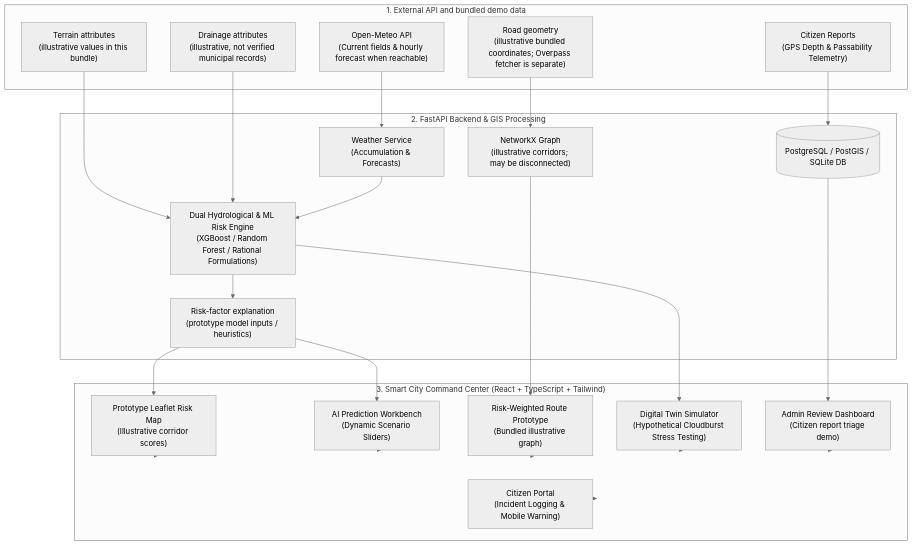
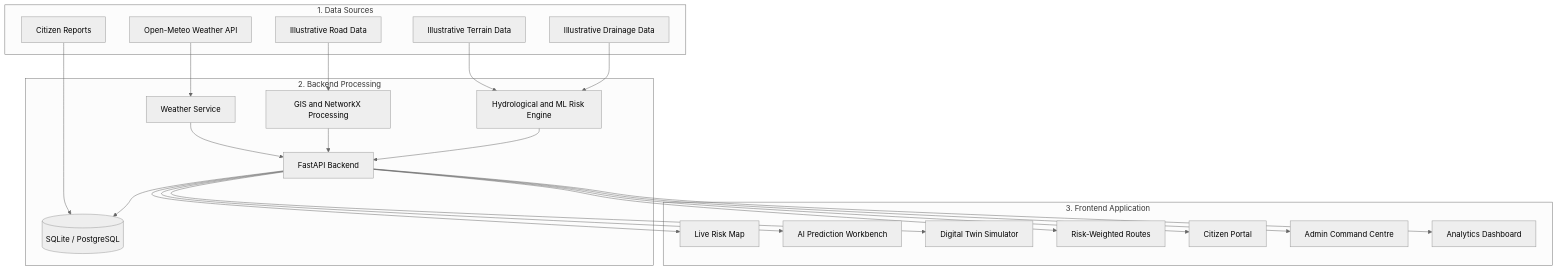
The diagram in README.md (Riddhi1606/AquaGuard-AI), drawn with Mermaid (neutral theme) before and after one commit. The commit also changed other lines of this file, not shown here.

````diff
--- a/README.md
+++ b/README.md
@@ -41,48 +97,47 @@
 ```mermaid
 flowchart TD
-    subgraph Data_Sources ["1. External API and bundled demo data"]
-        OM["Open-Meteo API<br/>(Current fields & hourly forecast when reachable)"]
-        DEM["Terrain attributes<br/>(illustrative values in this bundle)"]
-        OSM["Road geometry<br/>(illustrative bundled coordinates; Overpass fetcher is separate)"]
-        DRN["Drainage attributes<br/>(illustrative, not verified municipal records)"]
-        CR["Citizen Reports<br/>(GPS Depth & Passability Telemetry)"]
+    subgraph DS["1. Data Sources"]
+        OM["Open-Meteo Weather API"]
+        RD["Illustrative Road Data"]
+        TER["Illustrative Terrain Data"]
+        DR["Illustrative Drainage Data"]
+        CR["Citizen Reports"]
     end
 
-    subgraph Backend_GIS ["2. FastAPI Backend & GIS Processing"]
-        WEATH["Weather Service<br/>(Accumulation & Forecasts)"]
-        GRAPH["NetworkX Graph<br/>(illustrative corridors; may be disconnected)"]
-        RISK["Dual Hydrological & ML Risk Engine<br/>(XGBoost / Random Forest / Rational Formulations)"]
-        EXPLAIN["Risk-factor explanation<br/>(prototype model inputs / heuristics)"]
-        DB[(PostgreSQL / PostGIS / SQLite DB)]
+    subgraph BE["2. Backend Processing"]
+        API["FastAPI Backend"]
+        WEATHER["Weather Service"]
+        GIS["GIS and NetworkX Processing"]
+        ML["Hydrological and ML Risk Engine"]
+        DB[("SQLite / PostgreSQL")]
     end
 
-    subgraph Frontend_App ["3. Smart City Command Center (React + TypeScript + Tailwind)"]
-        MAP["Prototype Leaflet Risk Map<br/>(Illustrative corridor scores)"]
-        PRED["AI Prediction Workbench<br/>(Dynamic Scenario Sliders)"]
-        ROUTE["Risk-Weighted Route Prototype<br/>(Bundled illustrative graph)"]
-        SIM["Digital Twin Simulator<br/>(Hypothetical Cloudburst Stress Testing)"]
-        ADMIN["Admin Review Dashboard<br/>(Citizen report triage demo)"]
-        CITIZEN["Citizen Portal<br/>(Incident Logging & Mobile Warning)"]
+    subgraph FE["3. Frontend Application"]
+        MAP["Live Risk Map"]
+        PRED["AI Prediction Workbench"]
+        SIM["Digital Twin Simulator"]
+        ROUTE["Risk-Weighted Routes"]
+        CIT["Citizen Portal"]
+        ADMIN["Admin Command Centre"]
+        ANA["Analytics Dashboard"]
     end
 
-    OM --> WEATH
-    DEM --> RISK
-    OSM --> GRAPH
-    DRN --> RISK
+    OM --> WEATHER
+    RD --> GIS
+    TER --> ML
+    DR --> ML
     CR --> DB
 
-    WEATH --> RISK
-    GRAPH --> ROUTE
-    RISK --> EXPLAIN
-    EXPLAIN --> MAP
-    EXPLAIN --> PRED
-    RISK --> SIM
-    DB --> ADMIN
+    WEATHER --> API
+    GIS --> API
+    ML --> API
+    API --> DB
 
-    MAP --> Frontend_App
-    PRED --> Frontend_App
-    ROUTE --> Frontend_App
-    SIM --> Frontend_App
-    ADMIN --> Frontend_App
-    CITIZEN --> Frontend_App
+    API --> MAP
+    API --> PRED
+    API --> SIM
+    API --> ROUTE
+    API --> CIT
+    API --> ADMIN
+    API --> ANA
 ```
````
